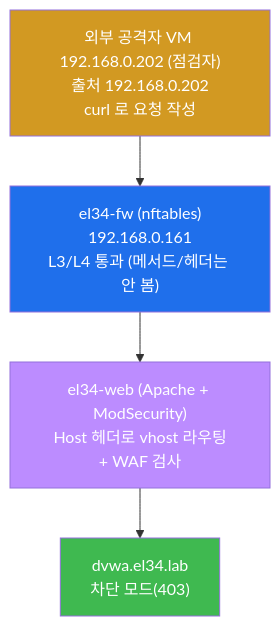
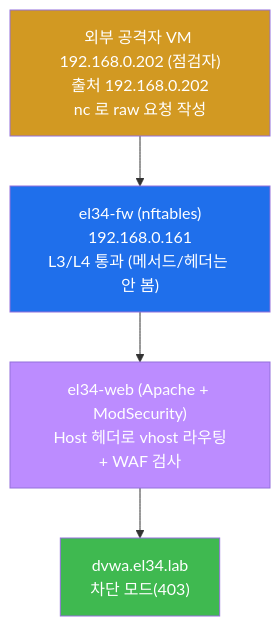
The fifth of 9 diagrams in contents/training/web-vuln/lecture_week01.md (mrgrit/tw2), drawn with Mermaid before and after one commit. The commit also changed other lines of this file and 99 other files, not shown here.

````diff
--- a/contents/training/web-vuln/lecture_week01.md
+++ b/contents/training/web-vuln/lecture_week01.md
@@ -251,12 +251,12 @@
 ```mermaid
 graph TD
-    ATK["외부 공격자 VM 192.168.0.202 (점검자)<br/>출처 192.168.0.202<br/>curl 로 요청 작성"]
+    ATK["외부 공격자 VM 192.168.0.202 (점검자)<br/>출처 192.168.0.202<br/>nc 로 raw 요청 작성"]
     FW["el34-fw (nftables)<br/>192.168.0.161<br/>L3/L4 통과 (메서드/헤더는 안 봄)"]
     WEB["el34-web (Apache + ModSecurity)<br/>Host 헤더로 vhost 라우팅<br/>+ WAF 검사"]
     APP["dvwa.el34.lab<br/>차단 모드(403)"]
     ATK --> FW --> WEB --> APP
     style ATK fill:#d29922,color:#fff
     style FW fill:#1f6feb,color:#fff
     style WEB fill:#bc8cff,color:#fff
     style APP fill:#3fb950,color:#fff
 ```
````
